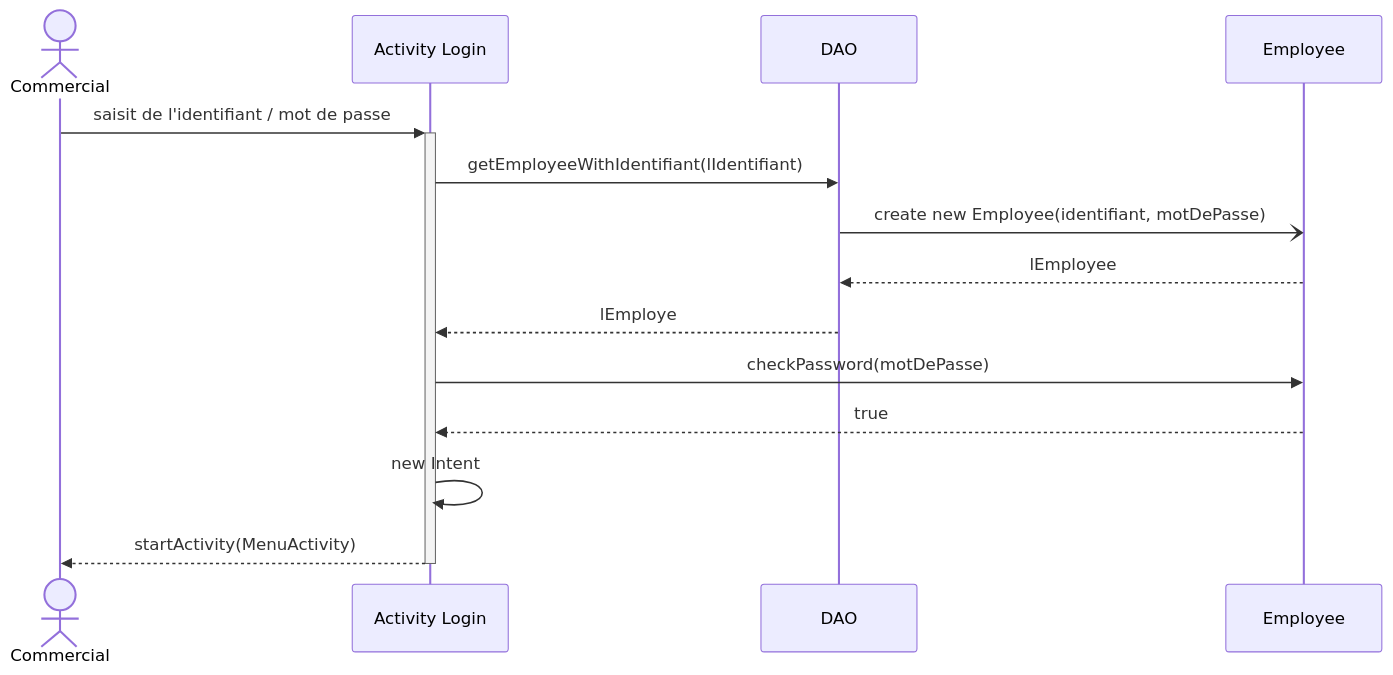
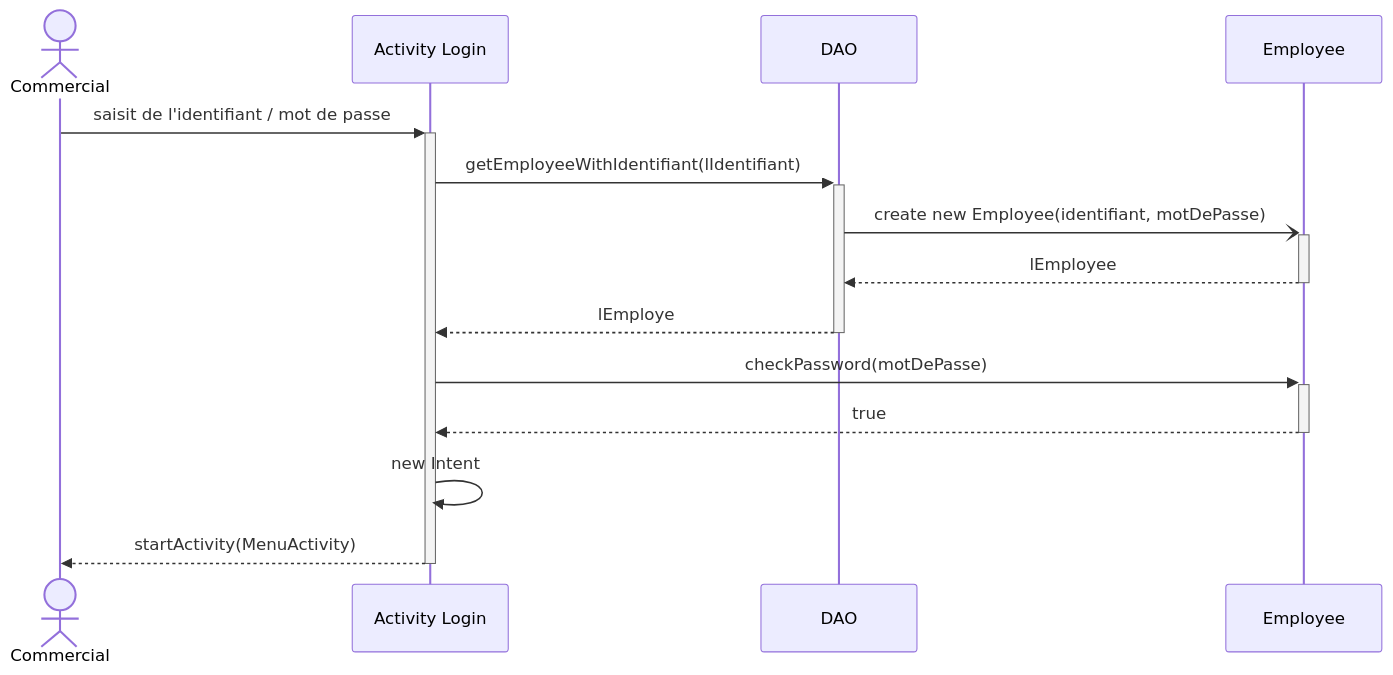
The diagram in docs/javaAndroid/index.md (LhoMars/ProspectsManagement), drawn with Mermaid before and after one commit. The commit also changed other lines of this file and 1 other file, not shown here.

````diff
--- a/docs/javaAndroid/index.md
+++ b/docs/javaAndroid/index.md
@@ -7,14 +7,14 @@
 ``` mermaid
 sequenceDiagram
 actor Commercial
 
   Commercial ->>+ Activity Login: saisit de l'identifiant / mot de passe  
-  Activity Login ->> DAO: getEmployeeWithIdentifiant(lIdentifiant)  
-  DAO -) Employee: create new Employee(identifiant, motDePasse)  
-  Employee -->> DAO: lEmployee
-  DAO -->> Activity Login: lEmploye
-  Activity Login ->> Employee: checkPassword(motDePasse)
-  Employee -->> Activity Login: true
+  Activity Login ->>+ DAO: getEmployeeWithIdentifiant(lIdentifiant)  
+  DAO -)+ Employee: create new Employee(identifiant, motDePasse)  
+  Employee -->>- DAO: lEmployee
+  DAO -->>- Activity Login: lEmploye
+  Activity Login ->>+ Employee: checkPassword(motDePasse)
+  Employee -->>- Activity Login: true
   Activity Login ->> Activity Login : new Intent
   Activity Login -->>- Commercial: startActivity(MenuActivity)
 ```
````
